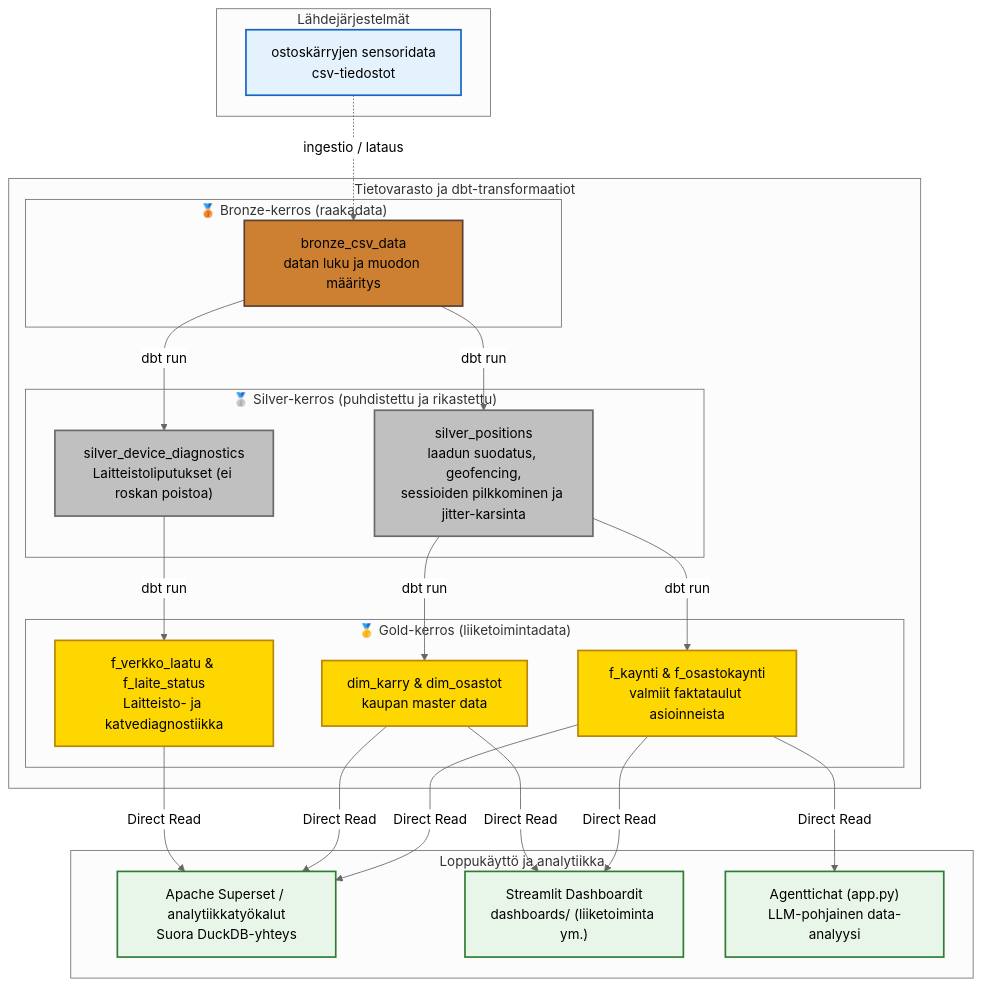
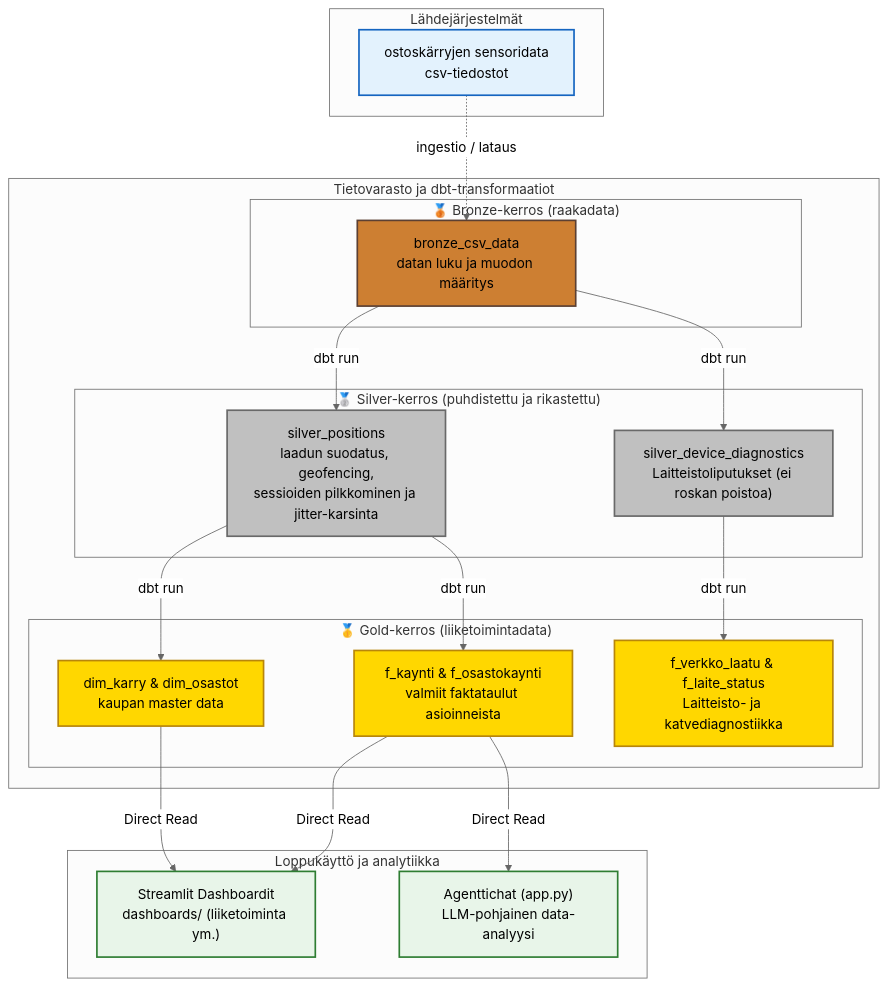
One commit to mitro54/uwb-shopping-cart-analytics-pipeline changed the diagram in docs/arkkitehtuuri_kaavio.md. Above: the diagram before and after it, drawn with Mermaid (neutral theme). The commit also changed other lines of this file and 2 other files, not shown here.

Commit message:
docs: remove all references to Apache Superset in favor of Streamlit

````diff
--- a/docs/arkkitehtuuri_kaavio.md
+++ b/docs/arkkitehtuuri_kaavio.md
@@ -5,57 +5,53 @@
 ```mermaid
 graph TD
     classDef source fill:#e3f2fd,stroke:#1565c0,stroke-width:2px,color:black;
     classDef bronze fill:#cd7f32,stroke:#5c4033,stroke-width:2px,color:black;
     classDef silver fill:#c0c0c0,stroke:#696969,stroke-width:2px,color:black;
     classDef gold fill:#ffd700,stroke:#b8860b,stroke-width:2px,color:black;
     classDef bi fill:#e8f5e9,stroke:#2e7d32,stroke-width:2px,color:black;
 
     %% Lähdejärjestelmät
     subgraph Data_Sources["Lähdejärjestelmät"]
         CSV["<span style='color:#000 !important'>ostoskärryjen sensoridata<br>csv-tiedostot</span>"]:::source
     end
 
     %% Data Warehouse / dbt prosessointi
     subgraph DWH["Tietovarasto ja dbt-transformaatiot"]
         
         %% Bronze
         subgraph Bronze["🥉 Bronze-kerros (raakadata)"]
             stg["<span style='color:#000 !important'>bronze_csv_data<br>datan luku ja muodon määritys</span>"]:::bronze
         end
         
         %% Silver
         subgraph Silver["🥈 Silver-kerros (puhdistettu ja rikastettu)"]
             silv["<span style='color:#000 !important'>silver_positions<br>laadun suodatus, geofencing,<br>sessioiden pilkkominen ja jitter-karsinta</span>"]:::silver
             silv_diag["<span style='color:#000 !important'>silver_device_diagnostics<br>Laitteistoliputukset (ei roskan poistoa)</span>"]:::silver
         end
         
         %% Gold
         subgraph Gold["🥇 Gold-kerros (liiketoimintadata)"]
             gold_f["<span style='color:#000 !important'>f_kaynti & f_osastokaynti<br>valmiit faktataulut asioinneista</span>"]:::gold
             gold_d["<span style='color:#000 !important'>dim_karry & dim_osastot<br>kaupan master data</span>"]:::gold
             gold_iot["<span style='color:#000 !important'>f_verkko_laatu & f_laite_status<br>Laitteisto- ja katvediagnostiikka</span>"]:::gold
         end
 
         stg -->|dbt run| silv
         stg -->|dbt run| silv_diag
         silv -->|dbt run| gold_f
         silv -->|dbt run| gold_d
         silv_diag -->|dbt run| gold_iot
     end
 
     %% Raportointi ja Analyysi
     subgraph Analytics["Loppukäyttö ja analytiikka"]
-        BI["<span style='color:#000 !important'>Apache Superset / analytiikkatyökalut<br>Suora DuckDB-yhteys</span>"]:::bi
         DASH["<span style='color:#000 !important'>Streamlit Dashboardit<br>dashboards/ (liiketoiminta ym.)</span>"]:::bi
         AGENT["<span style='color:#000 !important'>Agenttichat (app.py)<br>LLM-pohjainen data-analyysi</span>"]:::bi
     end
 
     CSV -.->|ingestio / lataus| stg
-    gold_f -->|Direct Read| BI
-    gold_d -->|Direct Read| BI
-    gold_iot -->|Direct Read| BI
     gold_f -->|Direct Read| DASH
     gold_d -->|Direct Read| DASH
     gold_f -->|Direct Read| AGENT
 
 ```
````
